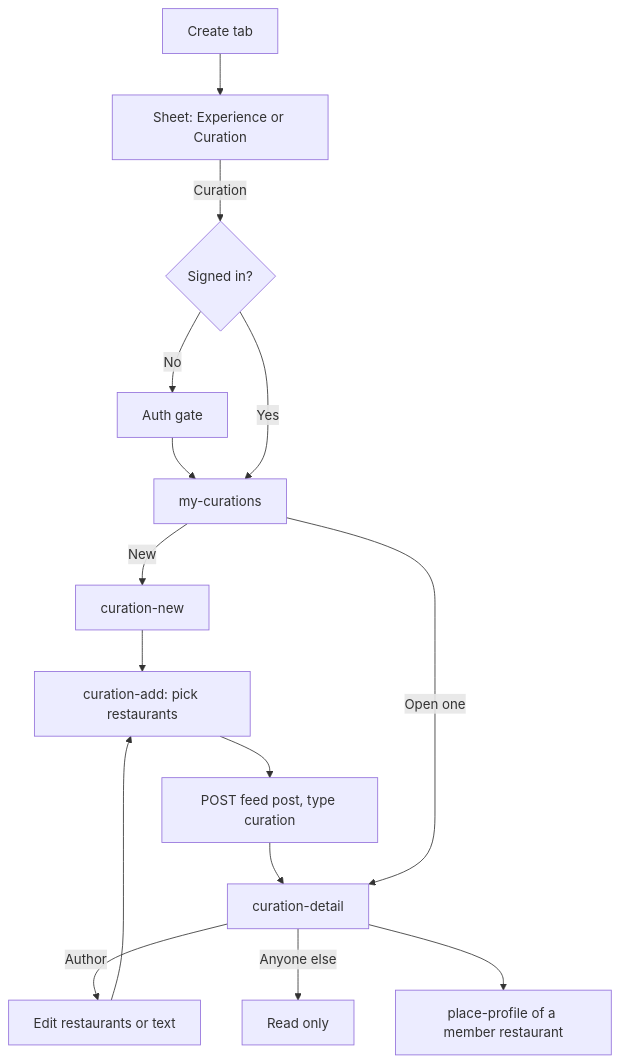
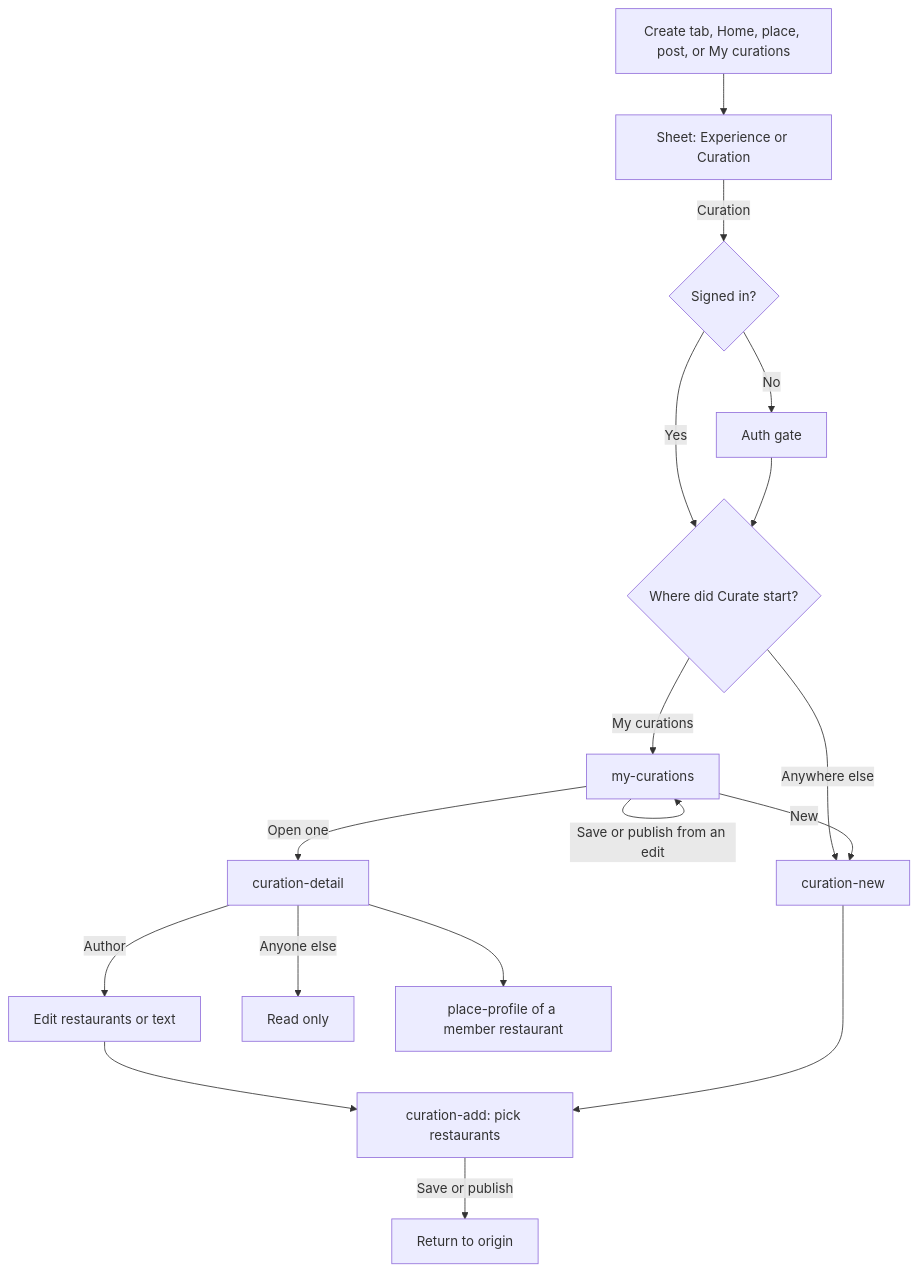
One commit to bawra11/elite-product changed the diagram in product/detail-flows/06-curation.md. Above: the diagram before and after it, drawn with Mermaid. The commit also changed other lines of this file and 12 other files, not shown here.

First line of the commit message:
Record Place Pay, OTP-only diner auth, and the elite_app pointer.

````diff
--- a/product/detail-flows/06-curation.md
+++ b/product/detail-flows/06-curation.md
@@ -5,18 +7,22 @@
 ```mermaid
 flowchart TD
-  tab["Create tab"] --> sheet["Sheet: Experience or Curation"]
+  start["Create tab, Home, place, post, or My curations"] --> sheet["Sheet: Experience or Curation"]
   sheet -->|Curation| gate{Signed in?}
   gate -->|No| auth["Auth gate"]
-  auth --> mine
-  gate -->|Yes| mine["my-curations"]
+  auth --> origin{Where did Curate start?}
+  gate -->|Yes| origin
+
+  origin -->|My curations| mine["my-curations"]
   mine -->|New| fresh["curation-new"]
+  mine -->|Open one| detail["curation-detail"]
+  origin -->|Anywhere else| fresh
+
   fresh --> add["curation-add: pick restaurants"]
-  add --> save["POST feed post, type curation"]
-  save --> detail["curation-detail"]
-  mine -->|Open one| detail
+  add -->|Save or publish| back["Return to origin"]
+  mine -->|Save or publish from an edit| mine
 
   detail -->|Author| edit["Edit restaurants or text"]
   edit --> add
   detail -->|Anyone else| read["Read only"]
   detail --> place["place-profile of a member restaurant"]
 ```
````
